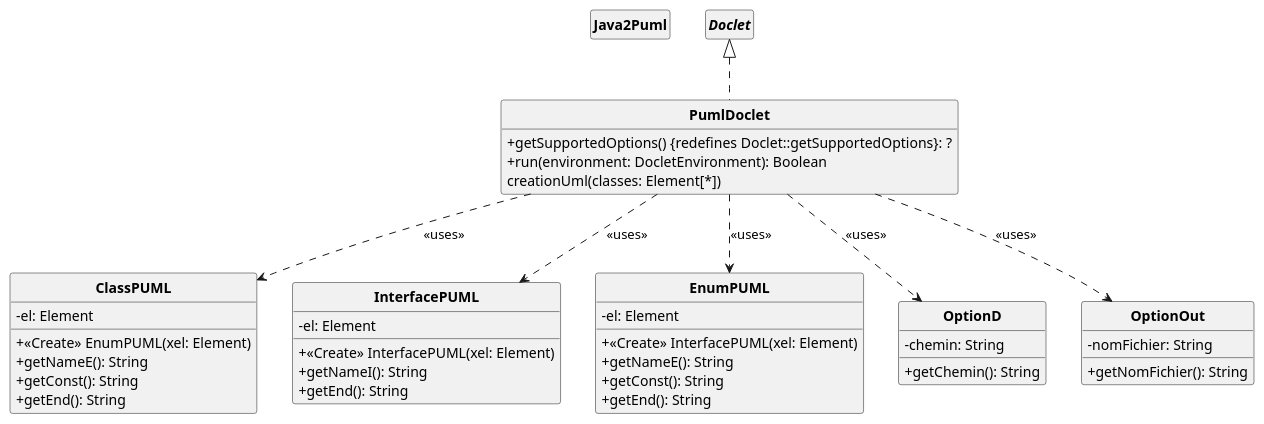
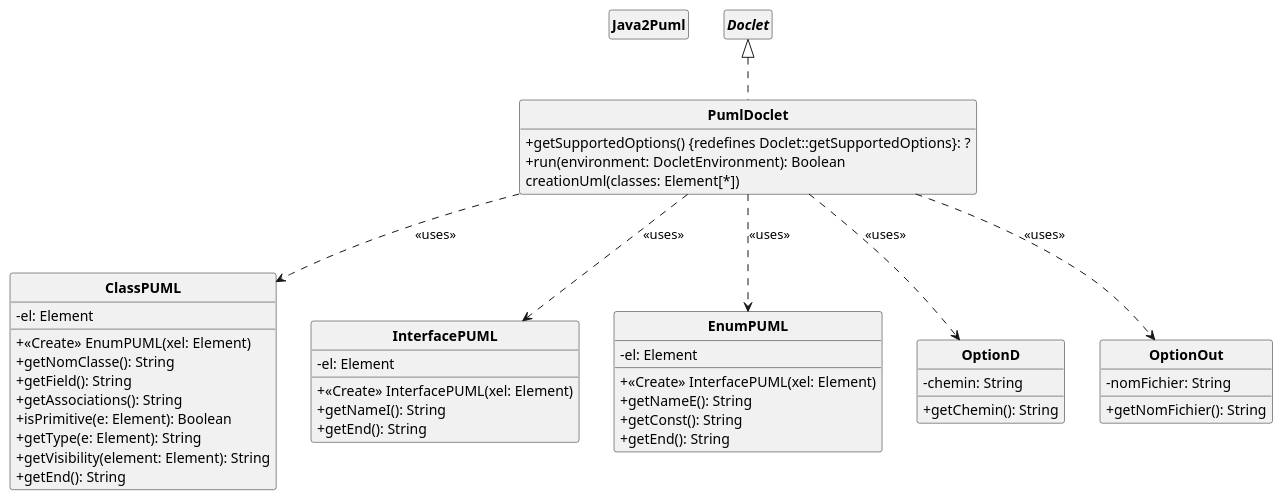
One commit to SylvainSchaefer/Java-to-PUML changed the diagram in src/pumlFromJava/DCC_pumlFromJava.puml. Above: the diagram before and after it, drawn with PlantUML. The commit also changed 2 other files, not shown here.

```diff
--- a/src/pumlFromJava/DCC_pumlFromJava.puml
+++ b/src/pumlFromJava/DCC_pumlFromJava.puml
@@ -1,73 +1,77 @@
 @startuml
 'https://plantuml.com/sequence-diagram
 skinparam style strictuml
 skinparam classAttributeIconSize 0
 skinparam classFontStyle Bold
 hide empty members
 
 
 
 class Java2Puml
 {
 }
 
 
 class ClassPUML
 {
     -el: Element
     +<<Create>> EnumPUML(xel: Element)
-    +getNameE(): String
-    +getConst(): String
+    +getNomClasse(): String
+    +getField(): String
+    +getAssociations(): String
+    +isPrimitive(e: Element): Boolean
+    +getType(e: Element): String
+    +getVisibility(element: Element): String
     +getEnd(): String
 }
 
 
 class InterfacePUML
 {
     -el: Element
     +<<Create>> InterfacePUML(xel: Element)
     +getNameI(): String
     +getEnd(): String
 }
 
 
 class EnumPUML
 {
     -el: Element
     +<<Create>> InterfacePUML(xel: Element)
     +getNameE(): String
     +getConst(): String
     +getEnd(): String
 }
 
 
 
 class PumlDoclet implements Doclet
 {
     +getSupportedOptions() {redefines Doclet::getSupportedOptions}: ?
     +run(environment: DocletEnvironment): Boolean
     creationUml(classes: Element[*])
 }
 
 
 class OptionD implements Doclet.Option
 {
     -chemin: String
     +getChemin(): String
 }
 
 
 class OptionOut implements Doclet.Option
 {
     -nomFichier: String
     +getNomFichier(): String
 }
 
 PumlDoclet  ..>  ClassPUML: <<uses>>
 PumlDoclet  ..>  InterfacePUML: <<uses>>
 PumlDoclet  ..>  EnumPUML: <<uses>>
 
 PumlDoclet  ..>  OptionD: <<uses>>
 PumlDoclet  ..>  OptionOut: <<uses>>
 
 @enduml
```
